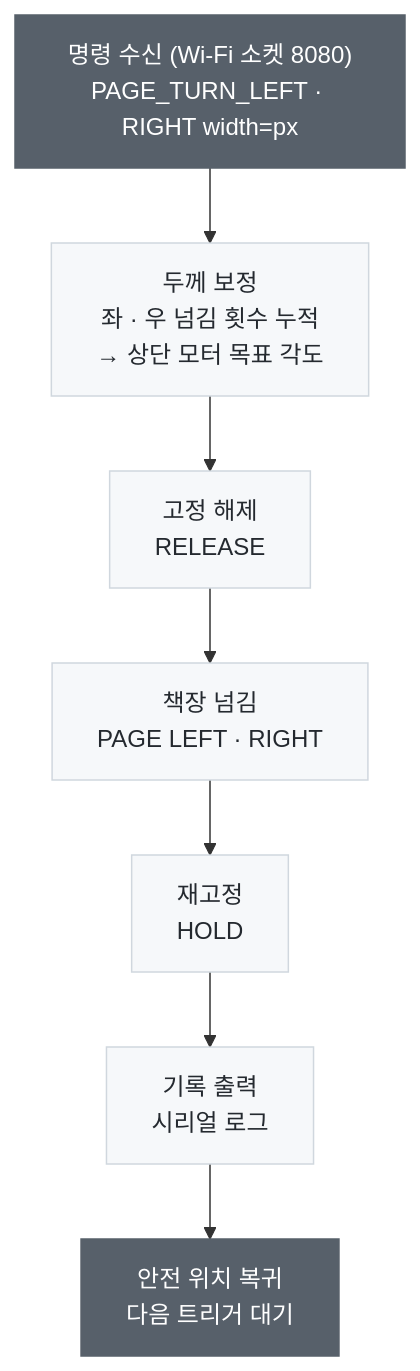
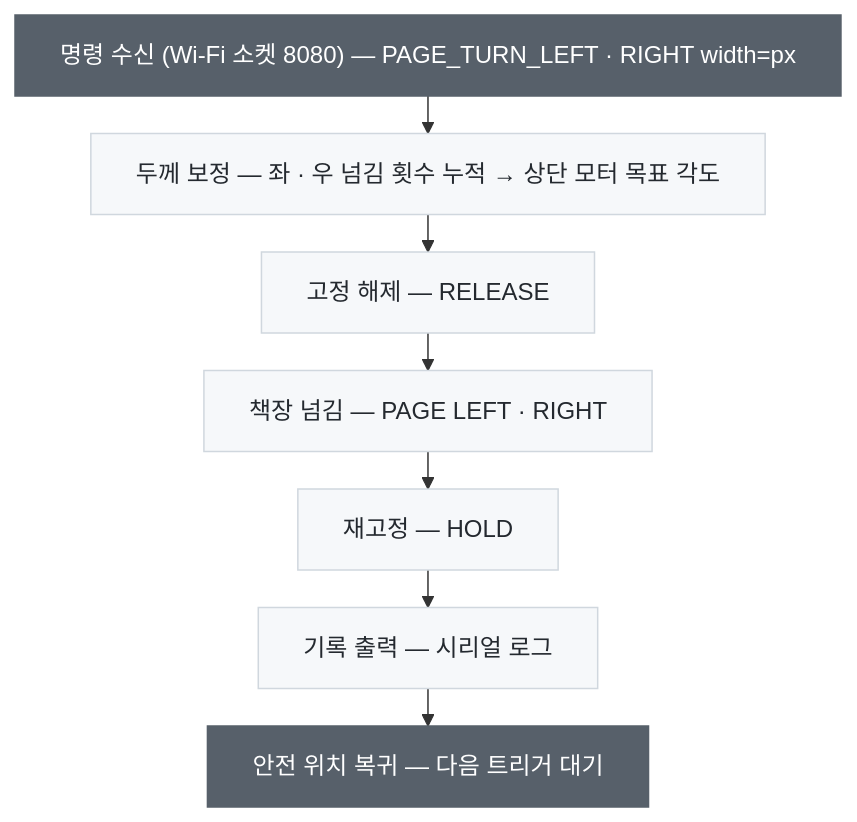
Before and after one commit to YOOBIN-AN/gaze-page-turner: the first of 3 diagrams in page-actuator/README.md, drawn with Mermaid.

Commit message:
Shorten process flow diagram with single-line nodes

````diff
--- a/page-actuator/README.md
+++ b/page-actuator/README.md
@@ -91,14 +91,15 @@
 ```mermaid
+%%{init: {'flowchart': {'wrappingWidth': 600, 'rankSpacing': 25}}}%%
 flowchart TD
-    T["명령 수신 (Wi-Fi 소켓 8080)<br/>PAGE_TURN_LEFT · RIGHT width=px"] --> C["두께 보정<br/>좌 · 우 넘김 횟수 누적<br/>→ 상단 모터 목표 각도"]
-    C --> R["고정 해제<br/>RELEASE"]
-    R --> P["책장 넘김<br/>PAGE LEFT · RIGHT"]
-    P --> H["재고정<br/>HOLD"]
-    H --> L["기록 출력<br/>시리얼 로그"]
-    L --> W["안전 위치 복귀<br/>다음 트리거 대기"]
+    T["명령 수신 (Wi-Fi 소켓 8080) — PAGE_TURN_LEFT · RIGHT width=px"] --> C["두께 보정 — 좌 · 우 넘김 횟수 누적 → 상단 모터 목표 각도"]
+    C --> R["고정 해제 — RELEASE"]
+    R --> P["책장 넘김 — PAGE LEFT · RIGHT"]
+    P --> H["재고정 — HOLD"]
+    H --> L["기록 출력 — 시리얼 로그"]
+    L --> W["안전 위치 복귀 — 다음 트리거 대기"]
 
     classDef io fill:#57606a,stroke:#57606a,color:#fff
     classDef step fill:#f6f8fa,stroke:#d0d7de,color:#24292f
     class T,W io
     class C,R,P,H,L step
 ```
````
